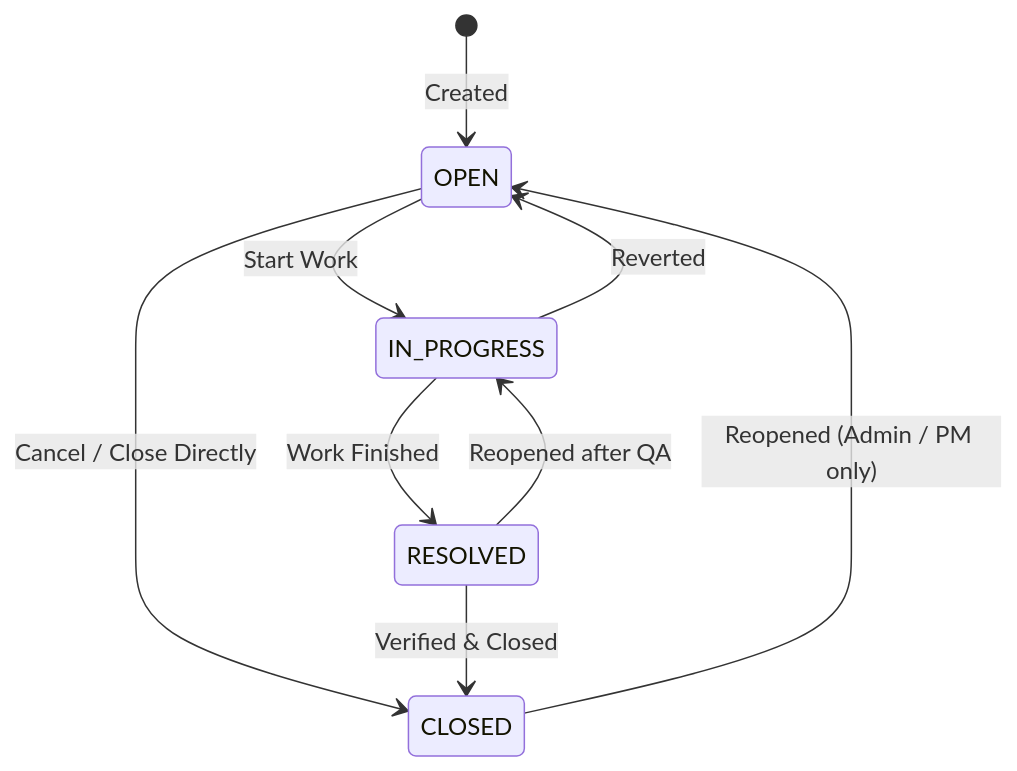
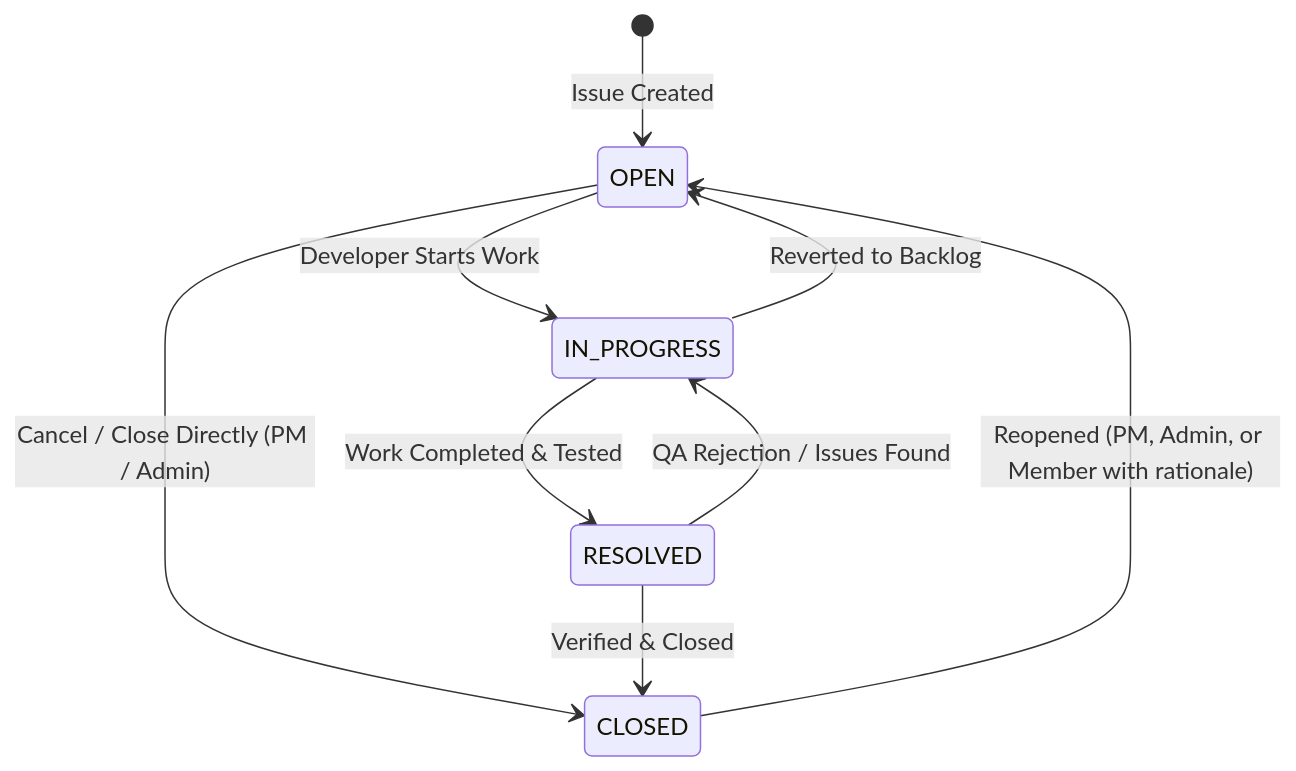
The diagram in README.md (harikarthik1/issueManagement_Backend), drawn with Mermaid before and after one commit. The commit also changed other lines of this file and 1 other file, not shown here.

````diff
--- a/README.md
+++ b/README.md
@@ -92,11 +108,11 @@
 ```mermaid
 stateDiagram-v2
-    [*] --> OPEN: Created
-    OPEN --> IN_PROGRESS: Start Work
-    OPEN --> CLOSED: Cancel / Close Directly
-    IN_PROGRESS --> RESOLVED: Work Finished
-    IN_PROGRESS --> OPEN: Reverted
+    [*] --> OPEN: Issue Created
+    OPEN --> IN_PROGRESS: Developer Starts Work
+    OPEN --> CLOSED: Cancel / Close Directly (PM / Admin)
+    IN_PROGRESS --> RESOLVED: Work Completed & Tested
+    IN_PROGRESS --> OPEN: Reverted to Backlog
     RESOLVED --> CLOSED: Verified & Closed
-    RESOLVED --> IN_PROGRESS: Reopened after QA
-    CLOSED --> OPEN: Reopened (Admin / PM only)
+    RESOLVED --> IN_PROGRESS: QA Rejection / Issues Found
+    CLOSED --> OPEN: Reopened (PM, Admin, or Member with rationale)
 ```
````
